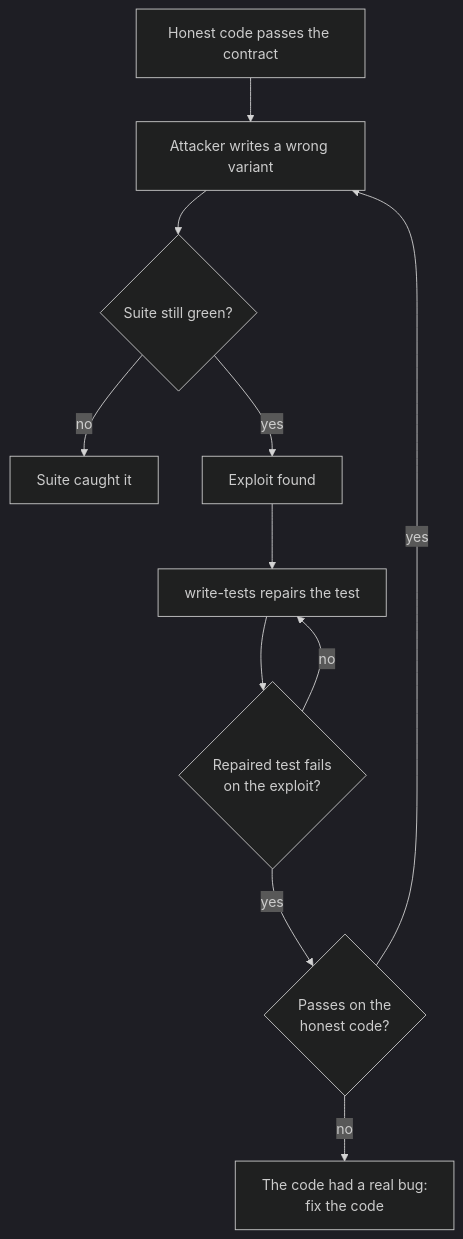
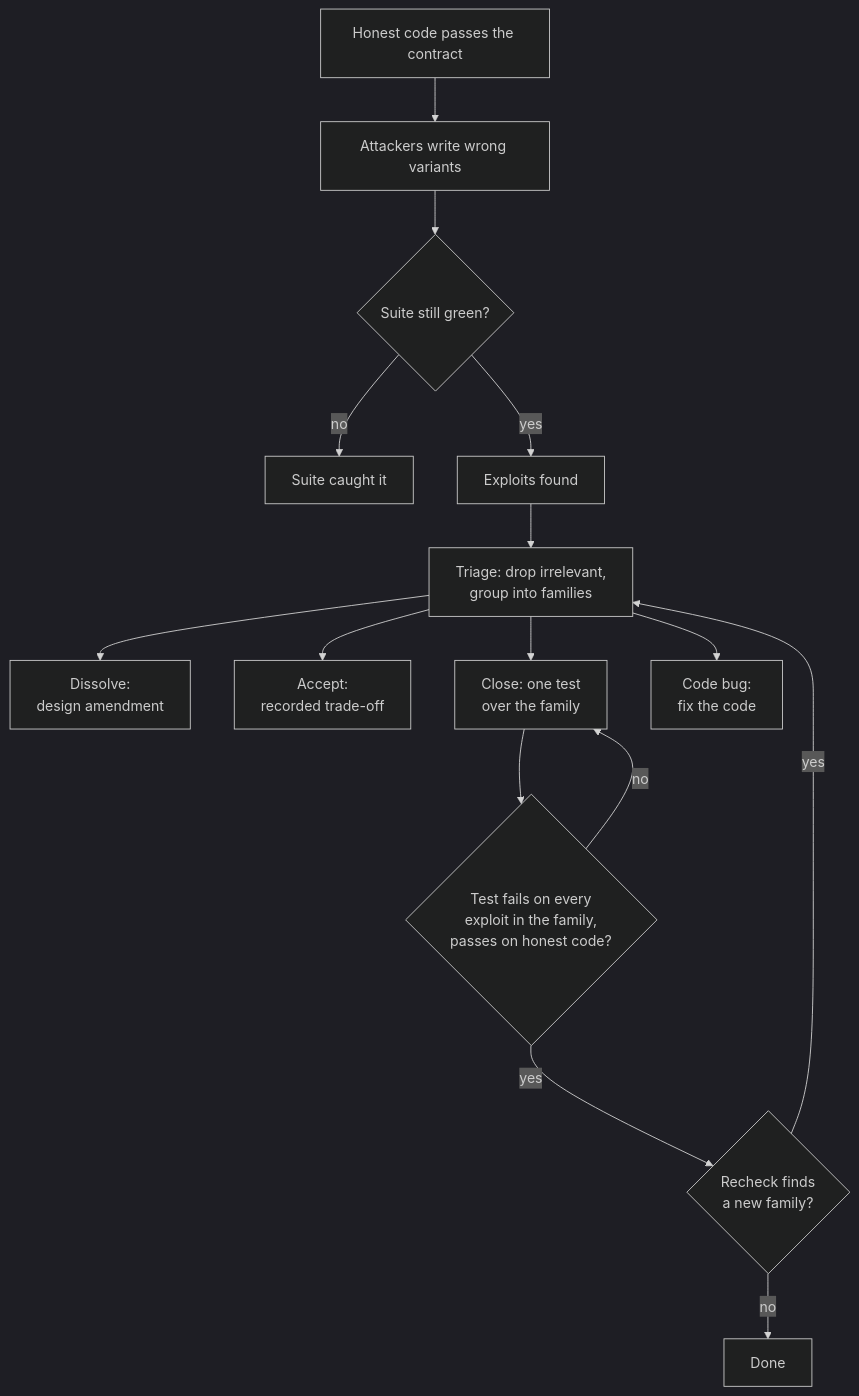
Before and after one commit to beetroot-salad/cyber-response-agent: the second of 3 diagrams in contract-first/docs/design.md, drawn with Mermaid (dark theme). The commit also changed other lines of this file and 21 other files, not shown here.

First line of the commit message:
contract-first: triage attack findings by family; rules state goals, applications live in caches

````diff
--- a/contract-first/docs/design.md
+++ b/contract-first/docs/design.md
@@ -103,13 +111,17 @@
 ```mermaid
 flowchart TD
-    H[Honest code passes the contract] --> A[Attacker writes a wrong variant]
+    H[Honest code passes the contract] --> A[Attackers write wrong variants]
     A --> Q{Suite still green?}
     Q -->|no| N[Suite caught it]
-    Q -->|yes| X[Exploit found]
-    X --> W[write-tests repairs the test]
-    W --> E{Repaired test fails<br/>on the exploit?}
-    E -->|no| W
-    E -->|yes| G{Passes on the<br/>honest code?}
-    G -->|yes| A
-    G -->|no| B[The code had a real bug:<br/>fix the code]
+    Q -->|yes| X[Exploits found]
+    X --> T[Triage: drop irrelevant,<br/>group into families]
+    T --> D[Dissolve:<br/>design amendment]
+    T --> K[Accept:<br/>recorded trade-off]
+    T --> C[Close: one test<br/>over the family]
+    T --> B[Code bug:<br/>fix the code]
+    C --> E{Test fails on every<br/>exploit in the family,<br/>passes on honest code?}
+    E -->|no| C
+    E -->|yes| R{Recheck finds<br/>a new family?}
+    R -->|yes| T
+    R -->|no| S[Done]
 ```
````
